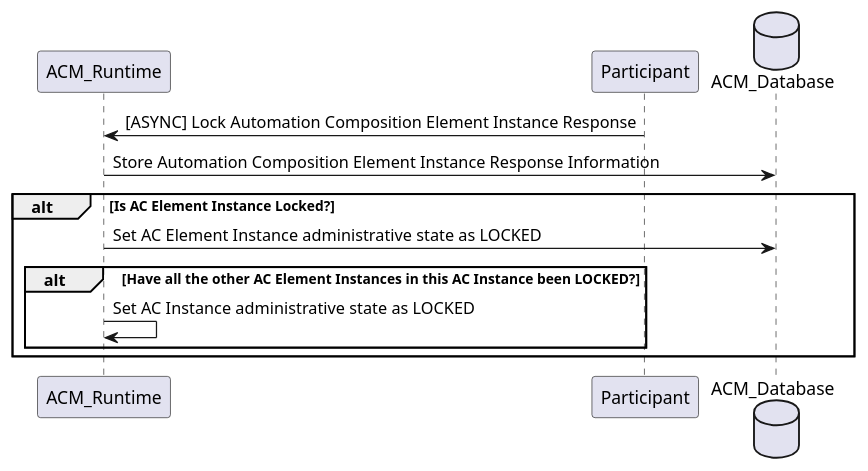
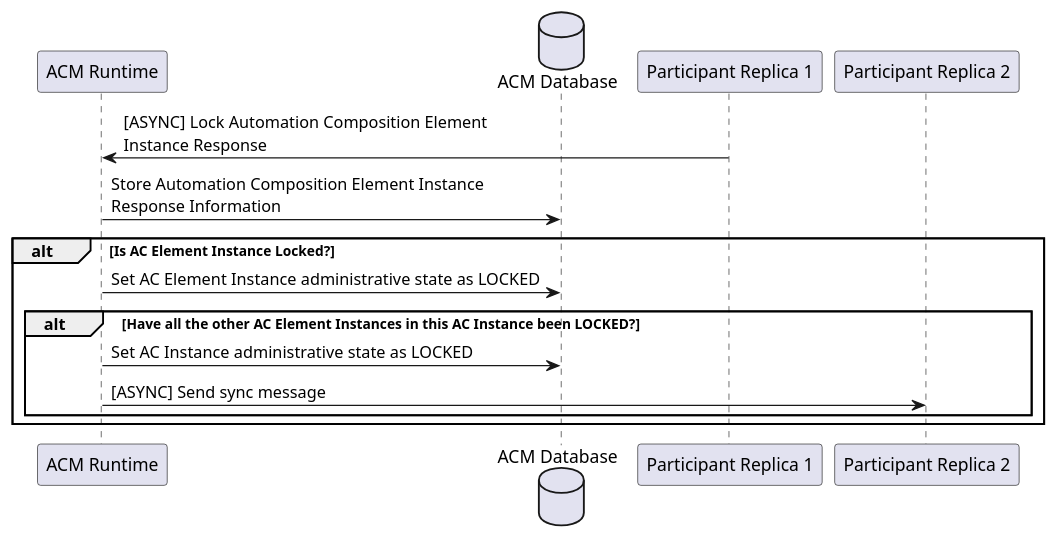
Before and after one commit to onap/policy-parent: the diagram in docs/clamp/acm/plantuml/system-dialogues/LockResponseStored.puml, drawn with PlantUML. The commit also changed 40 other files, not shown here.

First line of the commit message:
Add sync message in system dialogs in docs

```diff
--- a/docs/clamp/acm/plantuml/system-dialogues/LockResponseStored.puml
+++ b/docs/clamp/acm/plantuml/system-dialogues/LockResponseStored.puml
@@ -1,17 +1,19 @@
 @startuml
 
-participant ACM_Runtime
-participant Participant
-database ACM_Database
+participant "ACM Runtime"
+database "ACM Database"
+participant "Participant Replica 1"
+participant "Participant Replica 2"
 
-ACM_Runtime <- Participant: [ASYNC] Lock Automation Composition Element Instance Response
-ACM_Runtime -> ACM_Database: Store Automation Composition Element Instance Response Information
+"ACM Runtime" <- "Participant Replica 1": [ASYNC] Lock Automation Composition Element \nInstance Response
+"ACM Runtime" -> "ACM Database": Store Automation Composition Element Instance \nResponse Information
 
 alt Is AC Element Instance Locked?
- ACM_Runtime -> ACM_Database: Set AC Element Instance administrative state as LOCKED
+ "ACM Runtime" -> "ACM Database": Set AC Element Instance administrative state as LOCKED
  alt Have all the other AC Element Instances in this AC Instance been LOCKED?
-  ACM_Runtime -> ACM_Runtime: Set AC Instance administrative state as LOCKED
+  "ACM Runtime" -> "ACM Database": Set AC Instance administrative state as LOCKED
+  "ACM Runtime" -> "Participant Replica 2": [ASYNC] Send sync message
   end
 end
 
 @enduml
```
